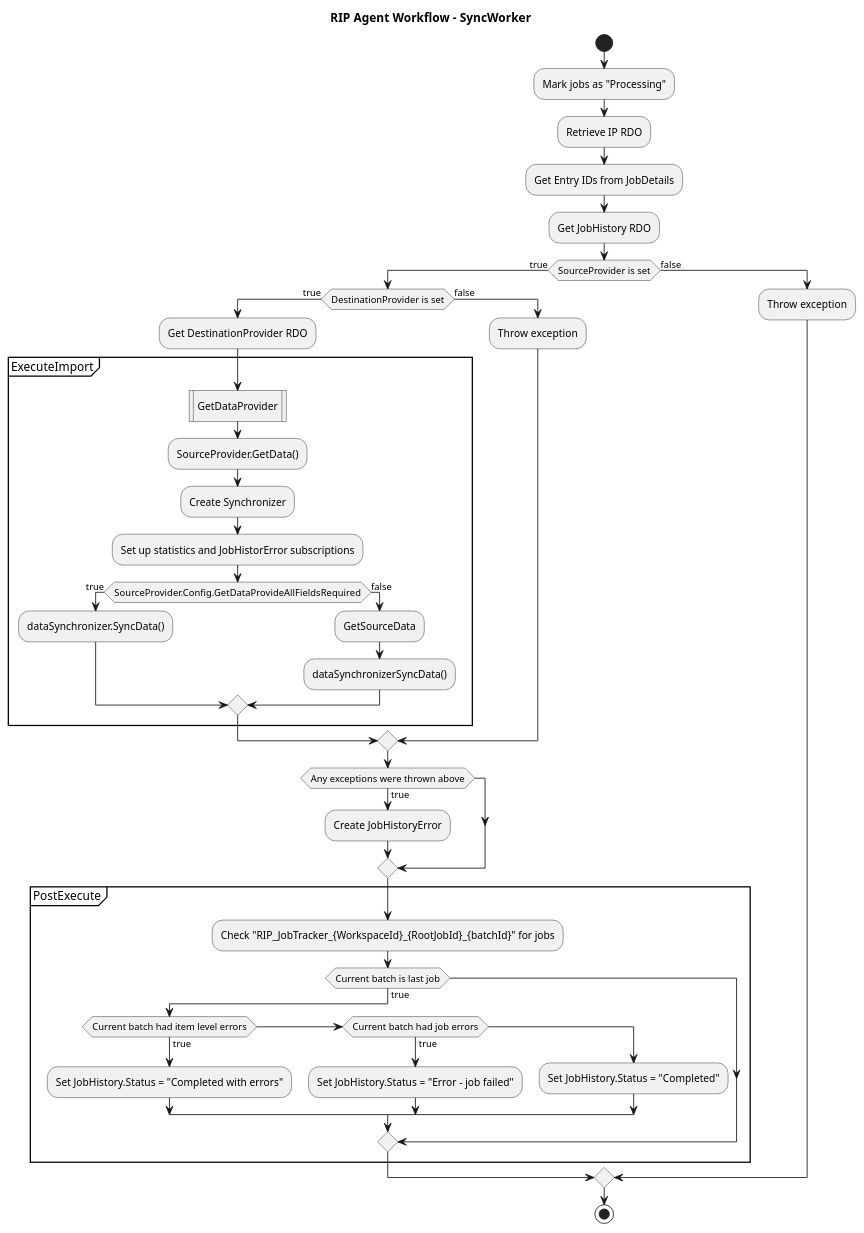
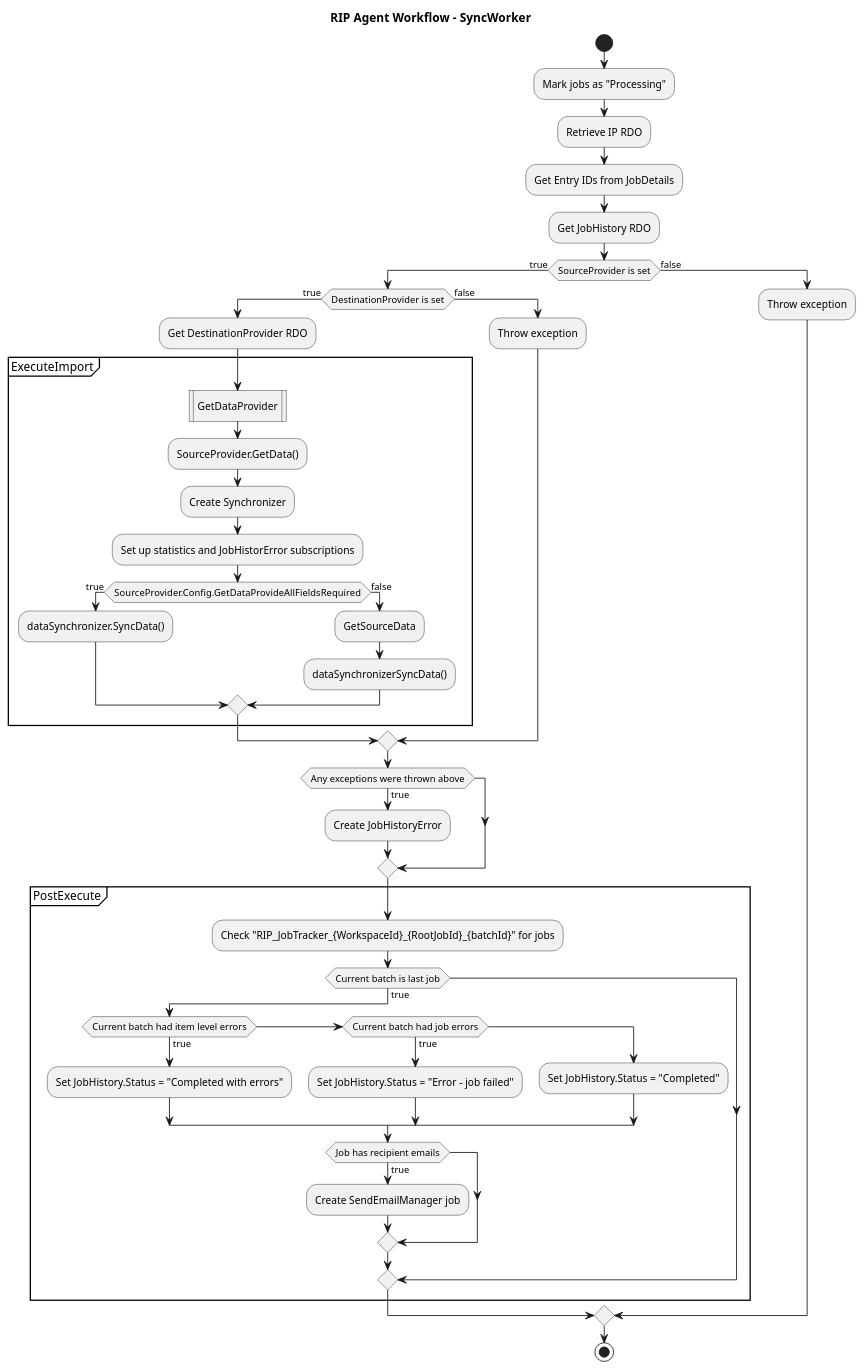
The diagram in documentation/SyncWorker.pu (relativityone/server-integrationpoints-integrationpoints), drawn with PlantUML before and after one commit.

Commit message:
Updated SyncWorker diagram to include SendEmailManager job creation
--HG--
branch : feature-UrsaMinor

```diff
--- a/documentation/SyncWorker.pu
+++ b/documentation/SyncWorker.pu
@@ -1,54 +1,58 @@
 @startuml
 
 title RIP Agent Workflow - SyncWorker
 
 start
 
 :Mark jobs as "Processing";
 :Retrieve IP RDO;
 :Get Entry IDs from JobDetails;
 :Get JobHistory RDO;
 
 if (SourceProvider is set) then (true)
     if (DestinationProvider is set) then (true)
         :Get DestinationProvider RDO;
         partition ExecuteImport {
 			:GetDataProvider|
             :SourceProvider.GetData();
             :Create Synchronizer;
             :Set up statistics and JobHistorError subscriptions;
             
             if (SourceProvider.Config.GetDataProvideAllFieldsRequired) then (true)
                 :dataSynchronizer.SyncData();
             else (false)
                 :GetSourceData;
                 :dataSynchronizerSyncData();
             endif
         }
     else (false)
         :Throw exception;
     endif
     
     if (Any exceptions were thrown above) then (true)
         :Create JobHistoryError;
     endif
     
     partition PostExecute {
         :Check "RIP_JobTracker_{WorkspaceId}_{RootJobId}_{batchId}" for jobs;
         if (Current batch is last job) then (true)
             if (Current batch had item level errors) then (true)
                 :Set JobHistory.Status = "Completed with errors";
             elseif (Current batch had job errors) then (true)
                 :Set JobHistory.Status = "Error - job failed";
             else
                 :Set JobHistory.Status = "Completed";
             endif
+			
+			if (Job has recipient emails) then (true)
+				:Create SendEmailManager job;
+			endif
         endif
     }
 else (false)
     :Throw exception;
 endif
 
 stop
 
 @enduml
```
